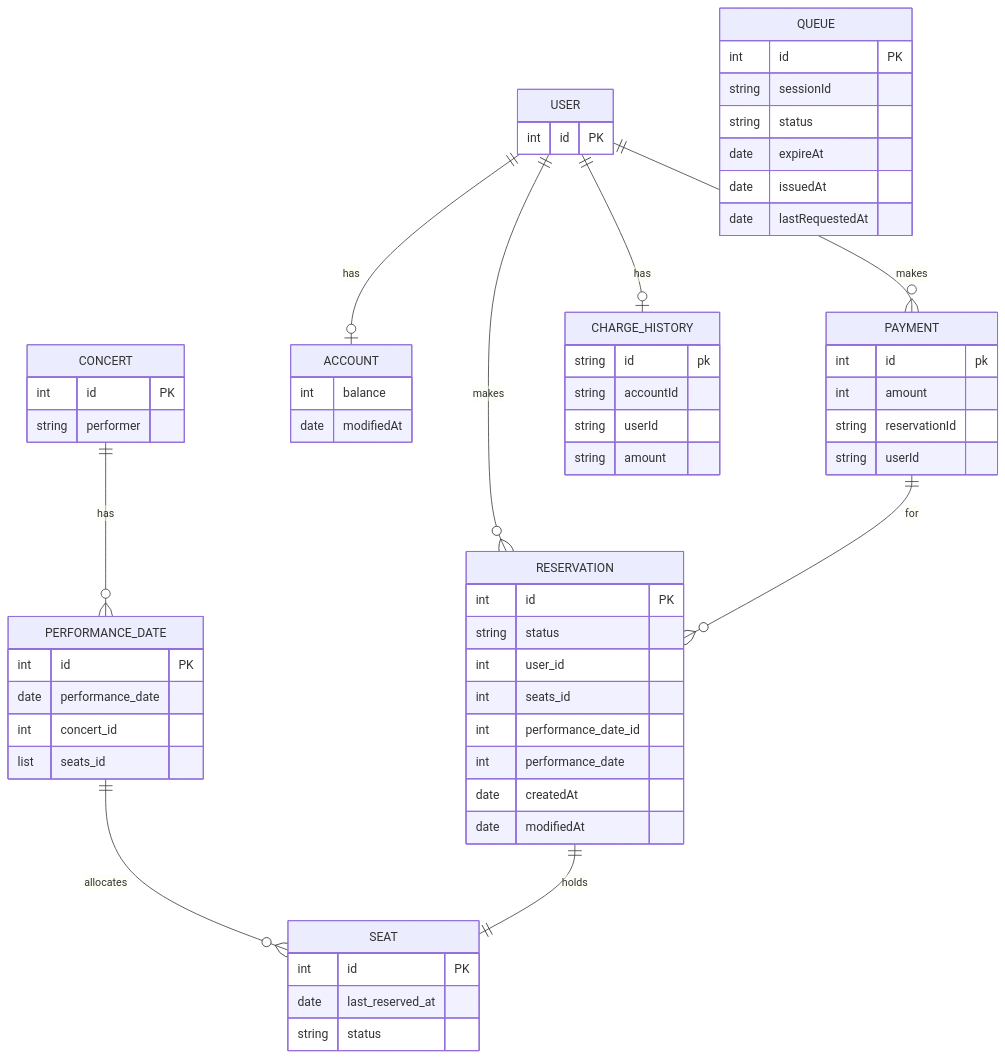
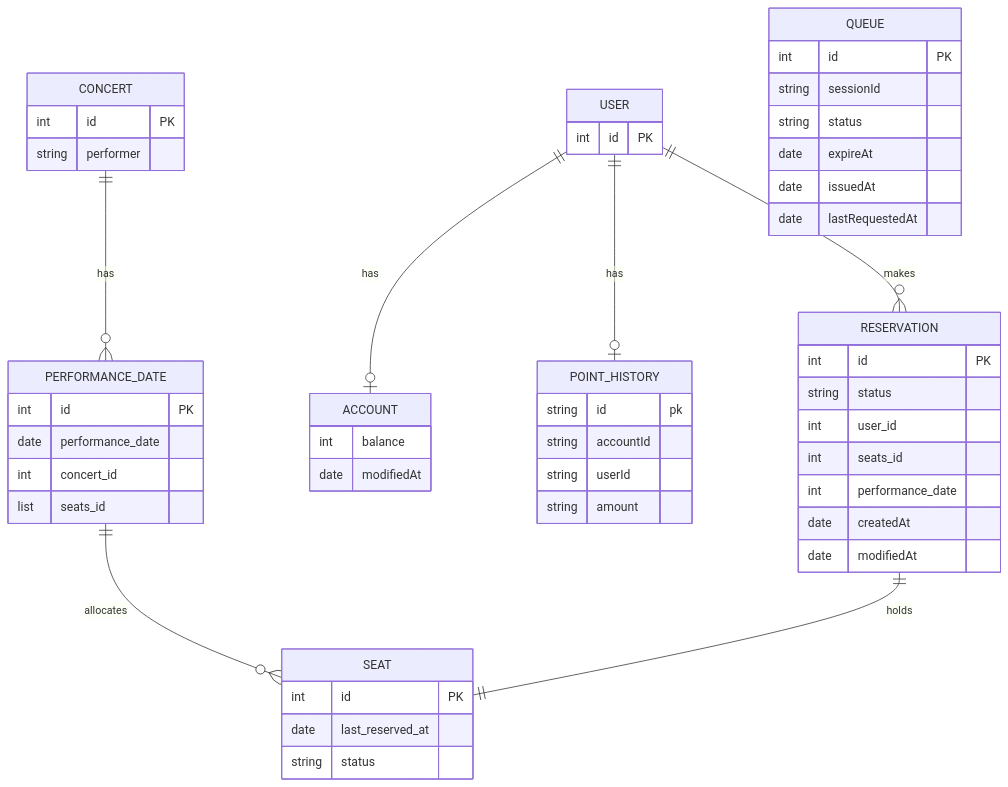
One commit to hpp-backend-15/java-concert-joonhyeokyang changed the diagram in docs/markdown/3.ER 다이어그램.md. Above: the diagram before and after it, drawn with Mermaid.

Commit message:
doc: payment 도메인 삭제, 예약일에서 peformanceDateId 삭제

````diff
--- a/docs/markdown/3.ER 다이어그램.md
+++ b/docs/markdown/3.ER 다이어그램.md
@@ -3,73 +3,63 @@
 ```mermaid
 erDiagram
     CONCERT {
         int id PK
         string performer
     }
 
     PERFORMANCE_DATE {
         int id PK
         date performance_date
         int concert_id
         list seats_id
     }
 
     SEAT {
         int id PK
         date last_reserved_at
         string status
     }
 
     USER {
         int id PK
     }
     
     ACCOUNT{
         int balance
         date modifiedAt
     }
     
     QUEUE{
         int id PK
         string sessionId
         string status
         date expireAt
         date issuedAt
         date lastRequestedAt
     }
     
     
-    PAYMENT{
-        int id pk
-        int amount
-        string reservationId
-        string userId
-    }
-    
-    CHARGE_HISTORY{
+    POINT_HISTORY{
         string id pk
         string accountId
         string userId
         string amount
     }
 
     RESERVATION {
         int id PK
         string status
         int user_id
         int seats_id
-        int performance_date_id
         int performance_date
         date createdAt
         date modifiedAt
     }
 
     CONCERT ||--o{ PERFORMANCE_DATE: "has"
     PERFORMANCE_DATE ||--o{ SEAT: "allocates"
     USER ||--o{ RESERVATION: "makes"
     USER ||--o| ACCOUNT: "has"
-    USER ||--o| CHARGE_HISTORY: "has"
-    USER ||--o{ PAYMENT: "makes"
-    PAYMENT ||--o{ RESERVATION: "for"
+    USER ||--o| POINT_HISTORY: "has"
     RESERVATION ||--|| SEAT: "holds"
 ```
````
